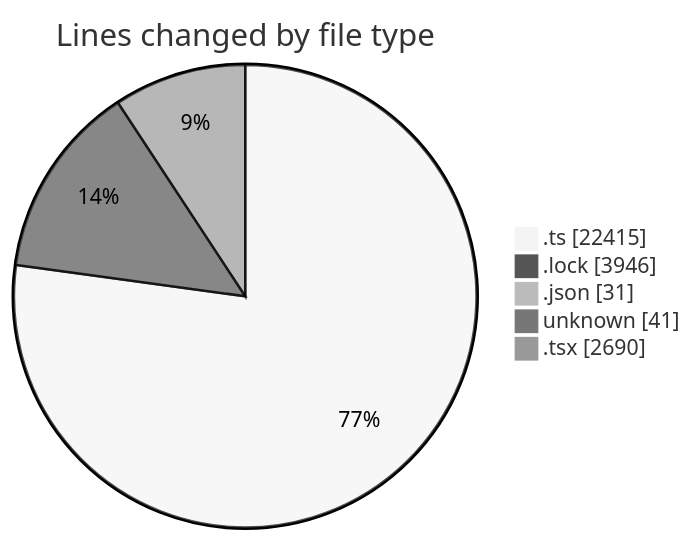
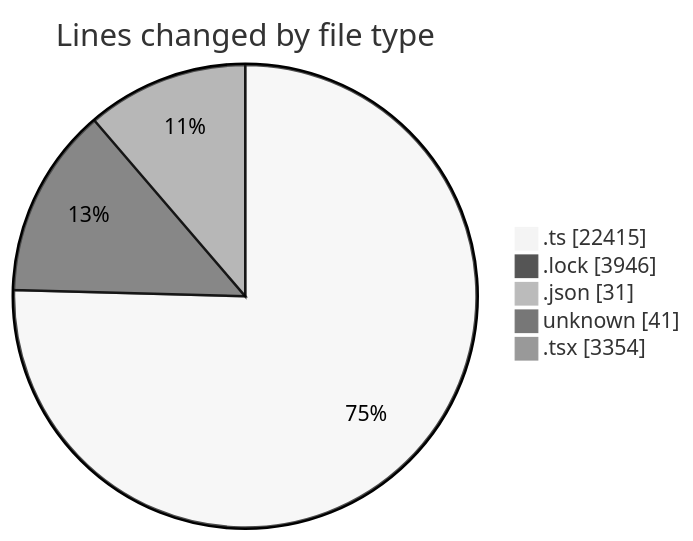
The first of 2 diagrams in 2025-08-19/cda/README.md (momahboobian/code-tracking), drawn with Mermaid (neutral theme) before and after one commit. The commit also changed other lines of this file and 1 other file, not shown here.

````diff
--- a/2025-08-19/cda/README.md
+++ b/2025-08-19/cda/README.md
@@ -46,9 +47,9 @@
 ```mermaid
 pie showData
 title Lines changed by file type
 ".ts" : 22415
 ".lock" : 3946
 ".json" : 31
 "unknown" : 41
-".tsx" : 2690
+".tsx" : 3354
 ```
````
